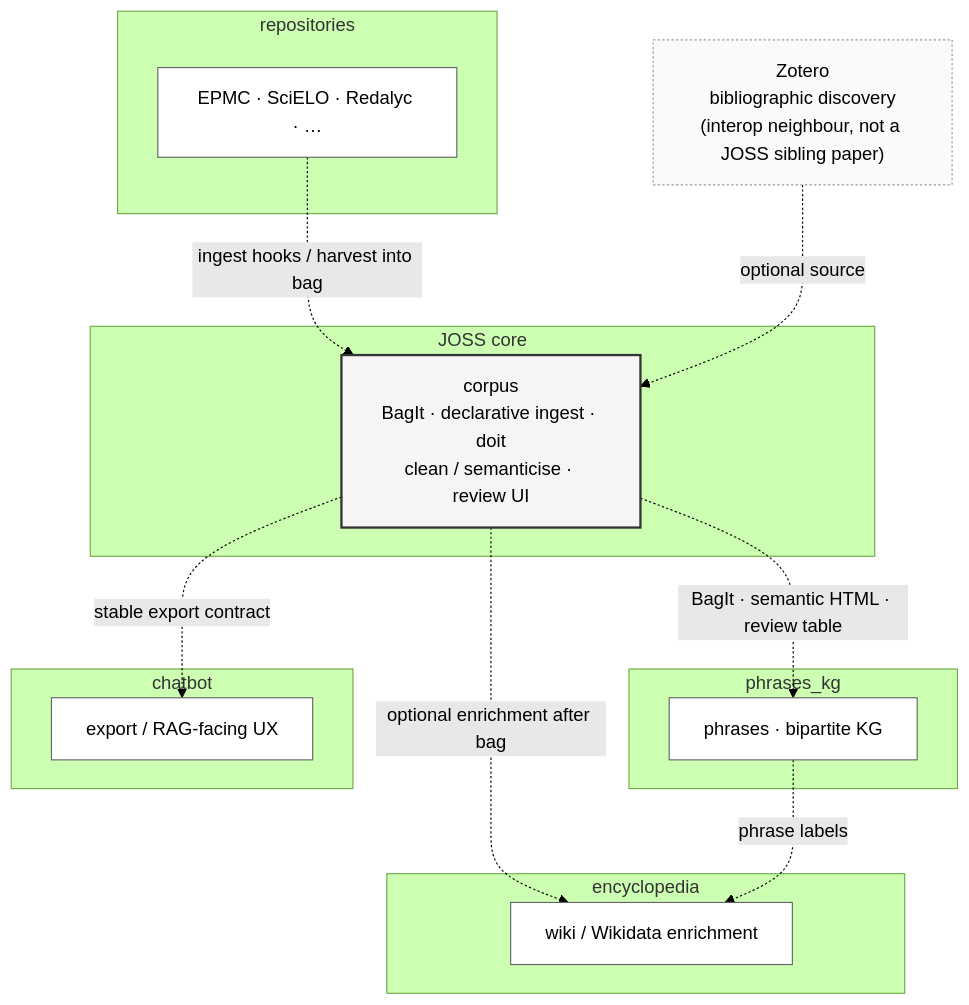
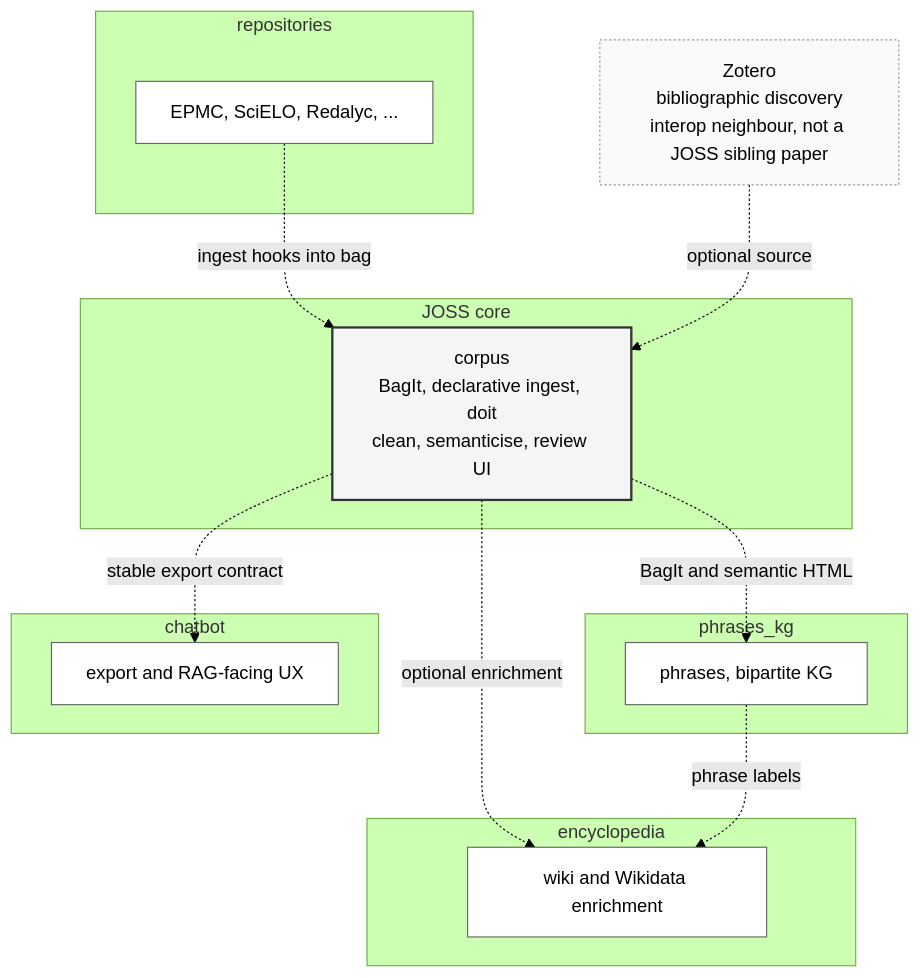
One commit to semanticClimate/semantic_corpus changed the diagram in docs/modules/corpus/siblings.md. Above: the diagram before and after it, drawn with Mermaid (forest theme).

Commit message:
Fix Mermaid sibling schematic parse errors.
Replace self-closing br tags and special punctuation that truncated node labels in Mermaid renderers.

````diff
--- a/docs/modules/corpus/siblings.md
+++ b/docs/modules/corpus/siblings.md
@@ -13,38 +13,38 @@
 ```mermaid
 flowchart TB
   subgraph core["JOSS core"]
-    C["corpus<br/>BagIt · declarative ingest · doit<br/>clean / semanticise · review UI"]
+    C["corpus<br>BagIt, declarative ingest, doit<br>clean, semanticise, review UI"]
   end
 
   subgraph sib_repositories["repositories"]
-    R["EPMC · SciELO · Redalyc · …"]
+    R["EPMC, SciELO, Redalyc, ..."]
   end
 
   subgraph sib_phrases_kg["phrases_kg"]
-    P["phrases · bipartite KG"]
+    P["phrases, bipartite KG"]
   end
 
   subgraph sib_encyclopedia["encyclopedia"]
-    E["wiki / Wikidata enrichment"]
+    E["wiki and Wikidata enrichment"]
   end
 
   subgraph sib_chatbot["chatbot"]
-    H["export / RAG-facing UX"]
+    H["export and RAG-facing UX"]
   end
 
-  Z["Zotero<br/>bibliographic discovery<br/>(interop neighbour, not a JOSS sibling paper)"]
+  Z["Zotero<br>bibliographic discovery<br>interop neighbour, not a JOSS sibling paper"]
 
-  R -.->|ingest hooks / harvest into bag| C
-  C -.->|BagIt · semantic HTML · review table| P
-  C -.->|optional enrichment after bag| E
+  R -.->|ingest hooks into bag| C
+  C -.->|BagIt and semantic HTML| P
+  C -.->|optional enrichment| E
   C -.->|stable export contract| H
   P -.->|phrase labels| E
   Z -.->|optional source| C
 
   classDef core fill:#f5f5f5,stroke:#333,stroke-width:2px;
   classDef sib fill:#fff,stroke:#666,stroke-width:1px;
   classDef neigh fill:#fafafa,stroke:#999,stroke-width:1px,stroke-dasharray: 2 2;
   class C core;
   class R,P,E,H sib;
   class Z neigh;
 ```
````
